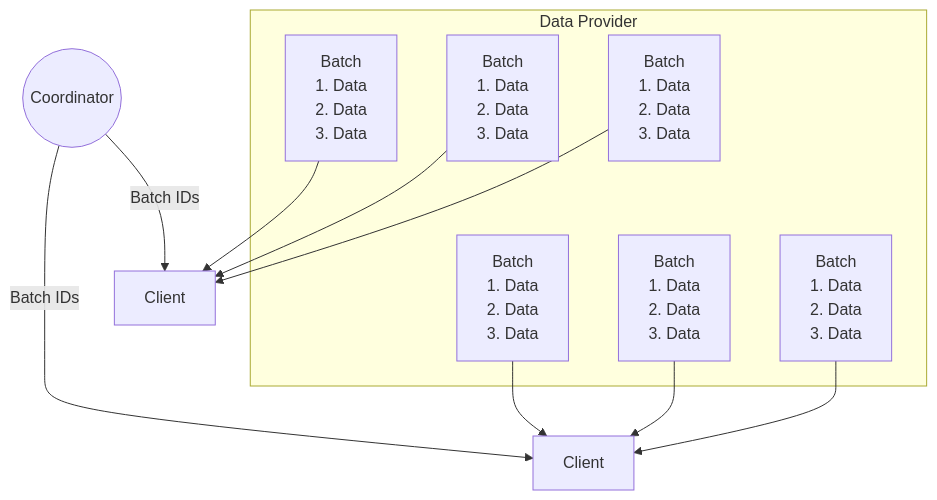
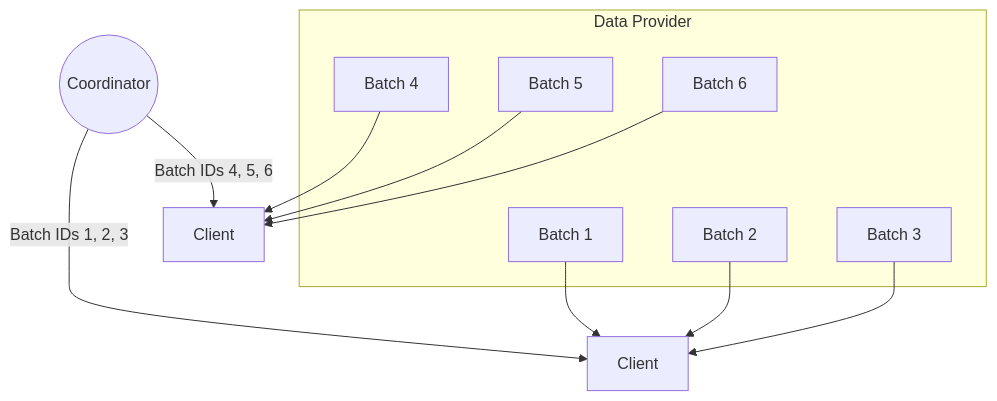
One commit to vernvriereen/psyche changed the diagram in psyche-book/src/data-provider.md. Above: the diagram before and after it, drawn with Mermaid. The commit also changed other lines of this file and 33 other files, not shown here.

````diff
--- a/psyche-book/src/data-provider.md
+++ b/psyche-book/src/data-provider.md
@@ -22,49 +22,31 @@
 ```mermaid
 flowchart TD
     C((Coordinator))
     C1[Client]
     C2[Client]
-    C --Batch IDs--> C1
-    C --Batch IDs--> C2
+    C --Batch IDs 1, 2, 3--> C1
+    C --Batch IDs 4, 5, 6--> C2
     subgraph Data Provider
-        B1["Batch
-            1. Data
-            2. Data
-            3. Data
+        B1["Batch 1
             "]
-        B2["Batch
-            1. Data
-            2. Data
-            3. Data
+        B2["Batch 2
             "]
-        B3["Batch
-            1. Data
-            2. Data
-            3. Data
+        B3["Batch 3
             "]
-        B4["Batch
-            1. Data
-            2. Data
-            3. Data
+        B4["Batch 4
         "]
-        B5["Batch
-            1. Data
-            2. Data
-            3. Data
+        B5["Batch 5
         "]
-        B6["Batch
-            1. Data
-            2. Data
-            3. Data
+        B6["Batch 6
         "]
         B4 ~~~ B1
         B5 ~~~ B2
         B6 ~~~ B3
     end
     B1 --> C1
     B2 --> C1
     B3 --> C1
     B4 --> C2
     B5 --> C2
     B6 --> C2
 ```
````
